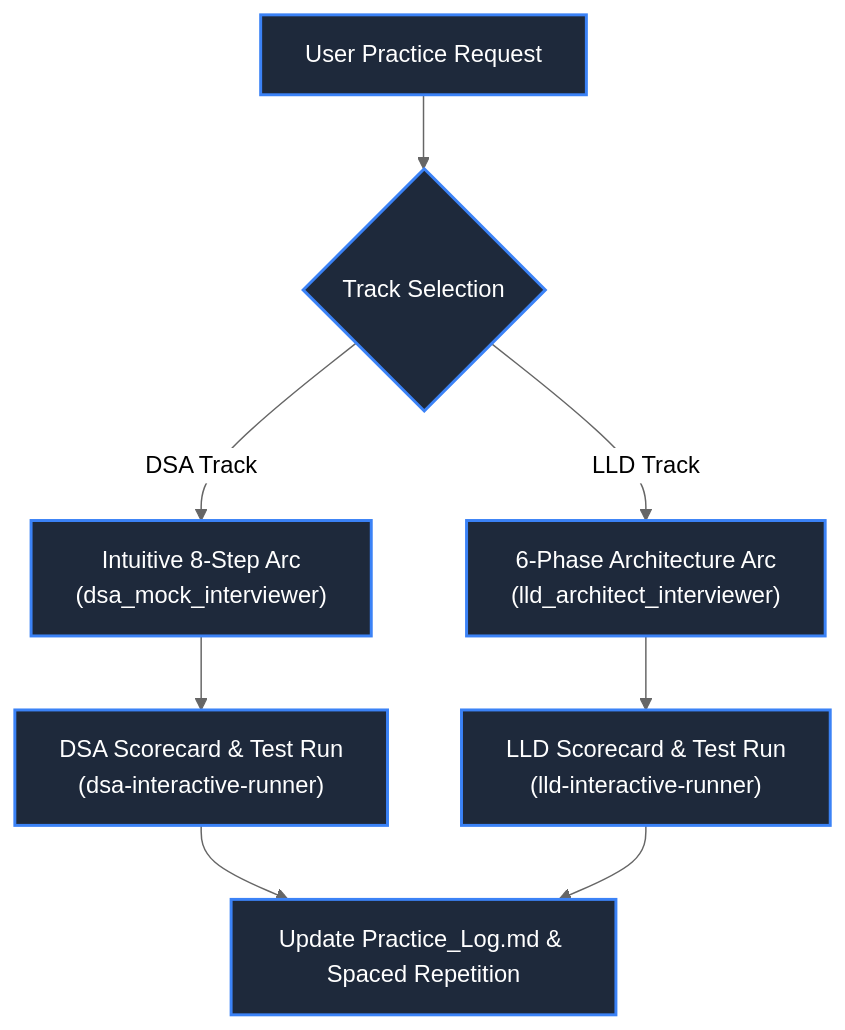
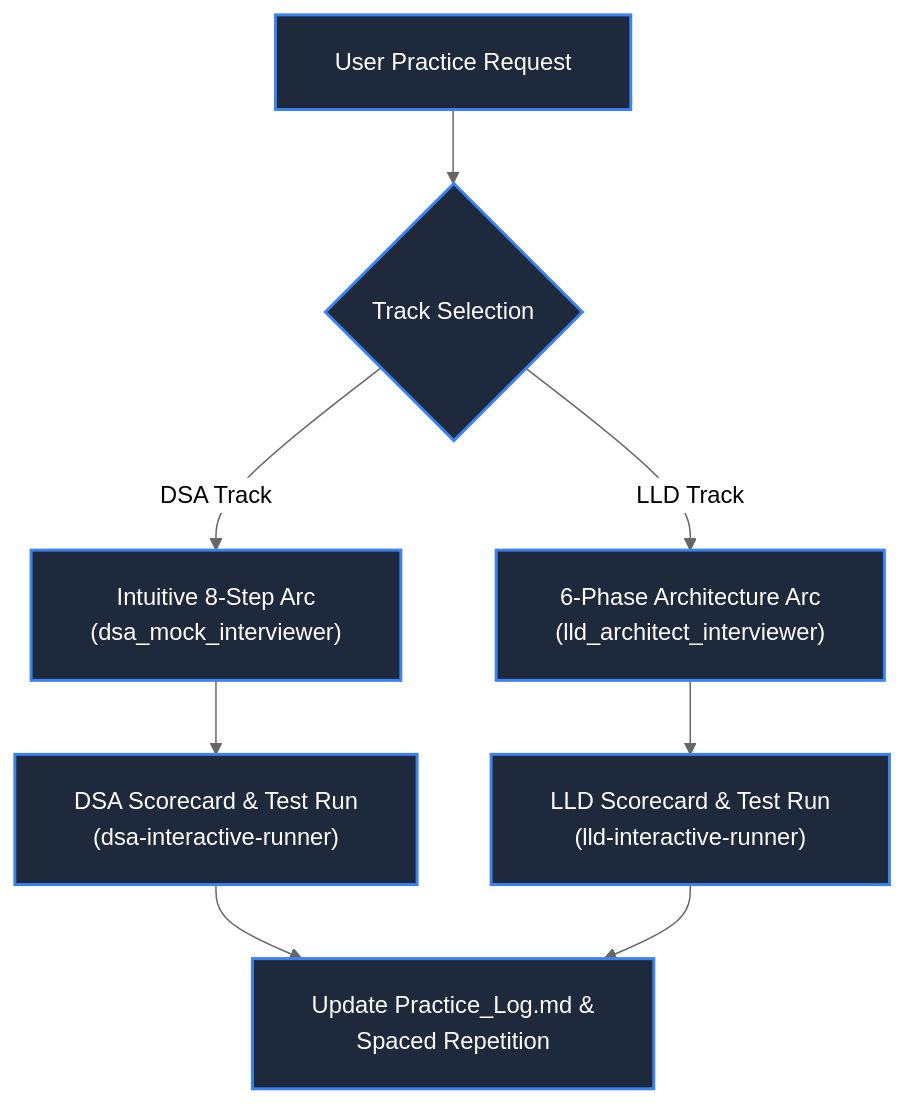
The diagram in .agents/skills/interview-practice-coach/SKILL.md (dip4k/DSA_102), drawn with Mermaid (neutral theme) before and after one commit. The commit also changed 108 other files, not shown here.

First line of the commit message:
fix(mermaid): resolve diagram clipping, padding, and syntax issues across repo

````diff
--- a/.agents/skills/interview-practice-coach/SKILL.md
+++ b/.agents/skills/interview-practice-coach/SKILL.md
@@ -18,14 +18,15 @@
 ```mermaid
+%%{init: {"flowchart": {"htmlLabels": true, "padding": 20}}}%%
 flowchart TD
     Start["User Practice Request"] --> Track{"Track Selection"}
     Track -->|"DSA Track"| DSA["Intuitive 8-Step Arc<br/>(dsa_mock_interviewer)"]
     Track -->|"LLD Track"| LLD["6-Phase Architecture Arc<br/>(lld_architect_interviewer)"]
 
     DSA --> DSA_Eval["DSA Scorecard & Test Run<br/>(dsa-interactive-runner)"]
     LLD --> LLD_Eval["LLD Scorecard & Test Run<br/>(lld-interactive-runner)"]
 
-    DSA_Eval --> Log["Update Practice_Log.md & Spaced Repetition"]
+    DSA_Eval --> Log["Update Practice_Log.md &<br/>Spaced Repetition"]
     LLD_Eval --> Log
 
     classDef default fill:#1e293b,stroke:#3b82f6,stroke-width:2px,color:#ffffff
 ```
````
